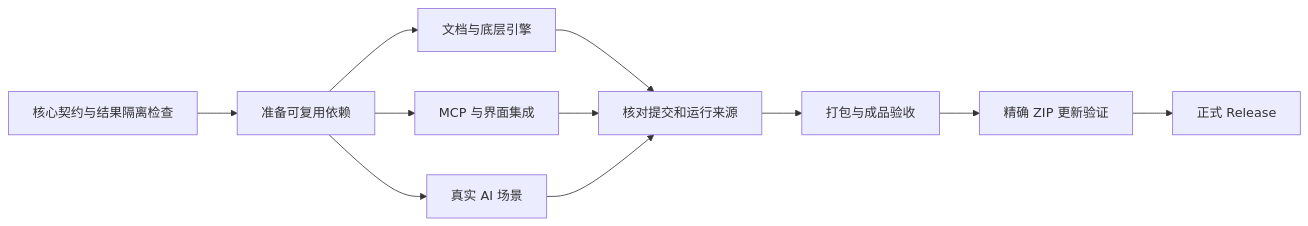
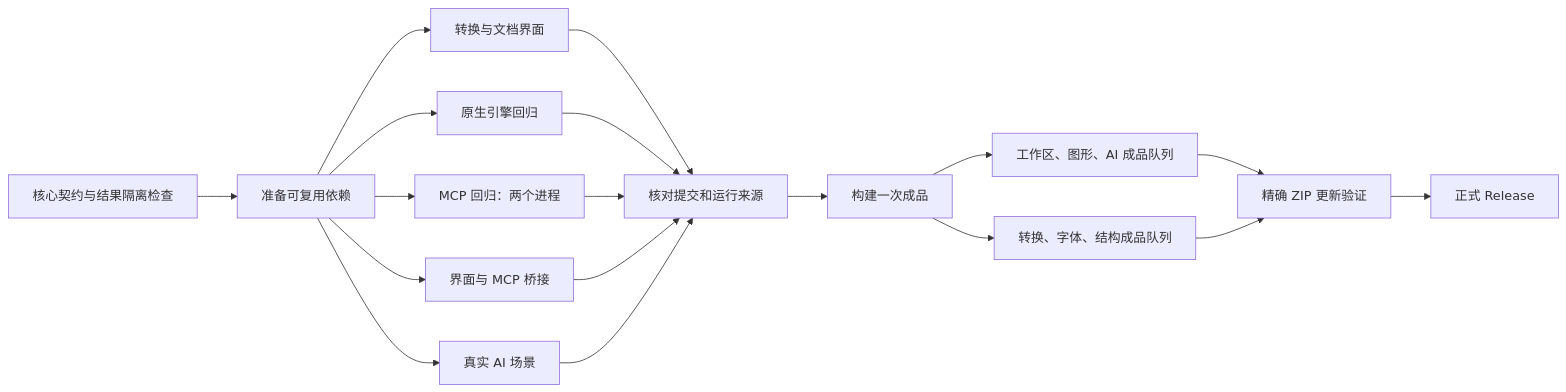
One commit to ionize1080/Folio changed the diagram in docs/ci-architecture.md. Above: the diagram before and after it, drawn with Mermaid. The commit also changed other lines of this file and 11 other files, not shown here.

````diff
--- a/docs/ci-architecture.md
+++ b/docs/ci-architecture.md
@@ -5,13 +5,20 @@
 ```mermaid
 flowchart LR
   A[核心契约与结果隔离检查] --> B[准备可复用依赖]
-  B --> C[文档与底层引擎]
-  B --> D[MCP 与界面集成]
+  B --> N[原生引擎回归]
+  B --> C[转换与文档界面]
+  B --> M[MCP 回归：两个进程]
+  B --> D[界面与 MCP 桥接]
   B --> E[真实 AI 场景]
   C --> F[核对提交和运行来源]
+  N --> F
+  M --> F
   D --> F
   E --> F
-  F --> G[打包与成品验收]
-  G --> H[精确 ZIP 更新验证]
+  F --> G[构建一次成品]
+  G --> P[工作区、图形、AI 成品队列]
+  G --> Q[转换、字体、结构成品队列]
+  P --> H[精确 ZIP 更新验证]
+  Q --> H
   H --> I[正式 Release]
 ```
````
